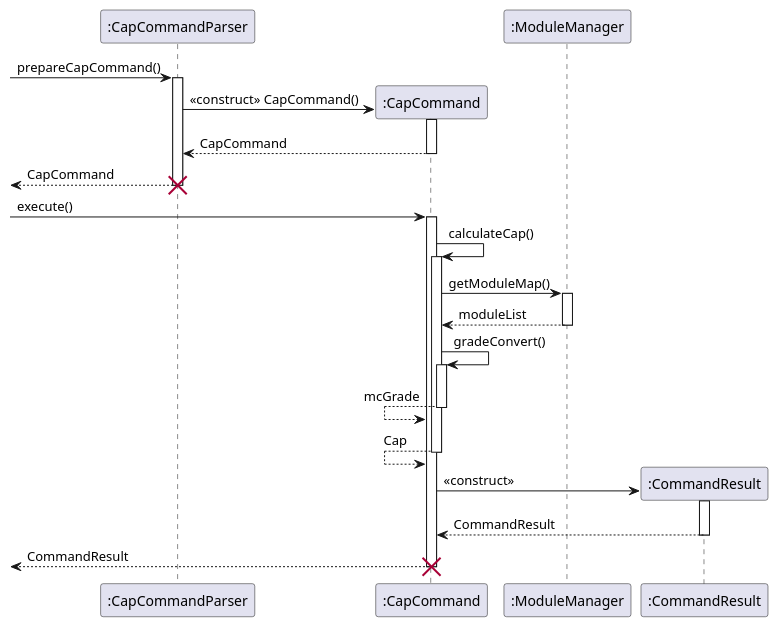
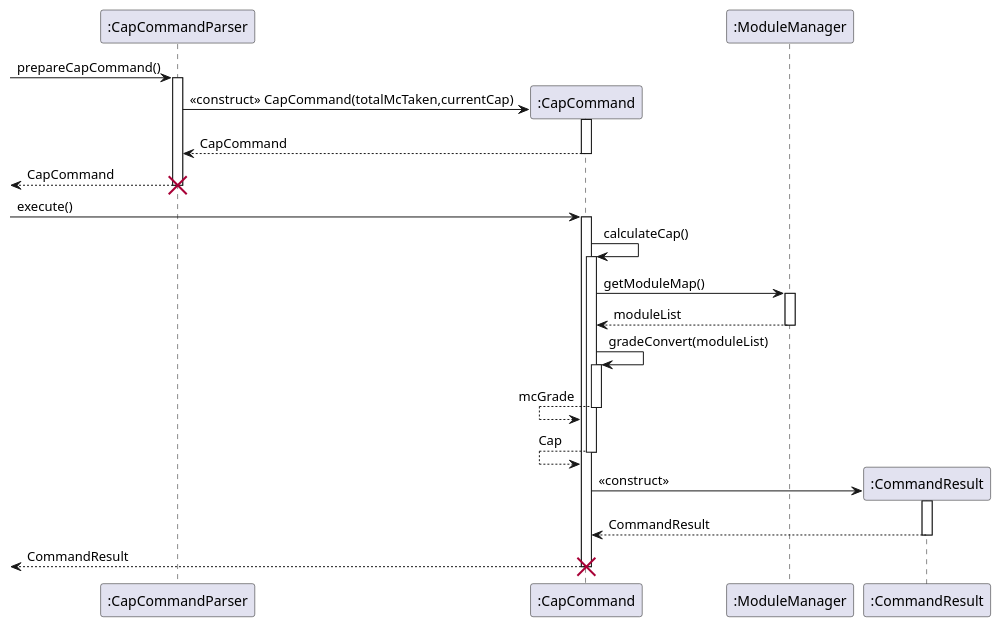
The diagram in docs/diagrams/UML/CapCommandSequenceDiagram.puml (wangqinNick/tp), drawn with PlantUML before and after one commit. The commit also changed 3 other files, not shown here.

Commit message:
Update seq diagrams according to website

```diff
--- a/docs/diagrams/UML/CapCommandSequenceDiagram.puml
+++ b/docs/diagrams/UML/CapCommandSequenceDiagram.puml
@@ -1,34 +1,34 @@
 @startuml
 -> ":CapCommandParser" : prepareCapCommand()
 activate ":CapCommandParser"
 create ":CapCommand"
-":CapCommandParser" -> ":CapCommand" : <<construct>> CapCommand()
+":CapCommandParser" -> ":CapCommand" : <<construct>> CapCommand(totalMcTaken,currentCap)
 activate ":CapCommand"
 ":CapCommandParser" <-- ":CapCommand" : CapCommand
 deactivate ":CapCommand"
 <-- ":CapCommandParser" : CapCommand
 destroy ":CapCommandParser"
 deactivate ":CapCommandParser"
 -> ":CapCommand" : execute()
 activate ":CapCommand"
 ":CapCommand" -> ":CapCommand" : calculateCap()
 activate ":CapCommand"
 ":CapCommand" -> ":ModuleManager" : getModuleMap()
 activate ":ModuleManager"
 ":CapCommand" <-- ":ModuleManager" : moduleList
 deactivate ":ModuleManager"
-":CapCommand" -> ":CapCommand" : gradeConvert()
+":CapCommand" -> ":CapCommand" : gradeConvert(moduleList)
 activate ":CapCommand"
 ":CapCommand" <-- ":CapCommand" : mcGrade
 deactivate ":CapCommand"
 ":CapCommand" <-- ":CapCommand" : Cap
 deactivate ":CapCommand"
 create ":CommandResult"
 ":CapCommand" -> ":CommandResult" : <<construct>>
 activate ":CommandResult"
 ":CapCommand" <-- ":CommandResult" : CommandResult
 deactivate ":CommandResult"
 <-- ":CapCommand" : CommandResult
 deactivate ":CapCommand"
 destroy ":CapCommand"
 @enduml
```
